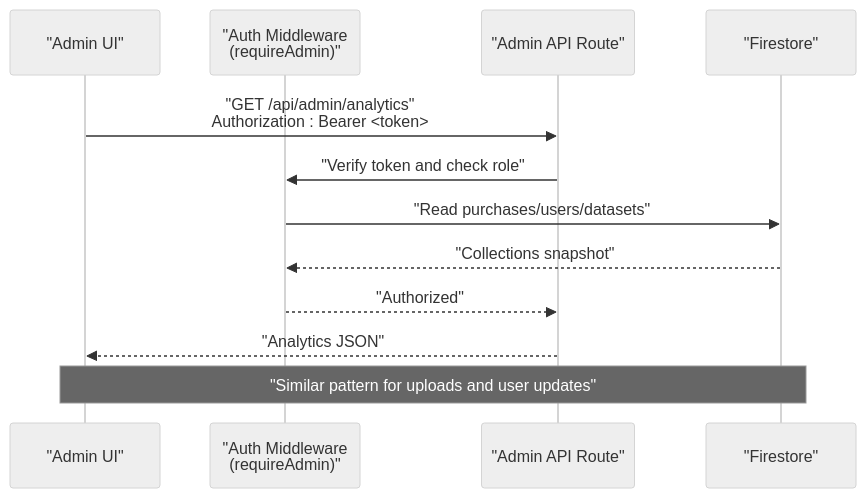
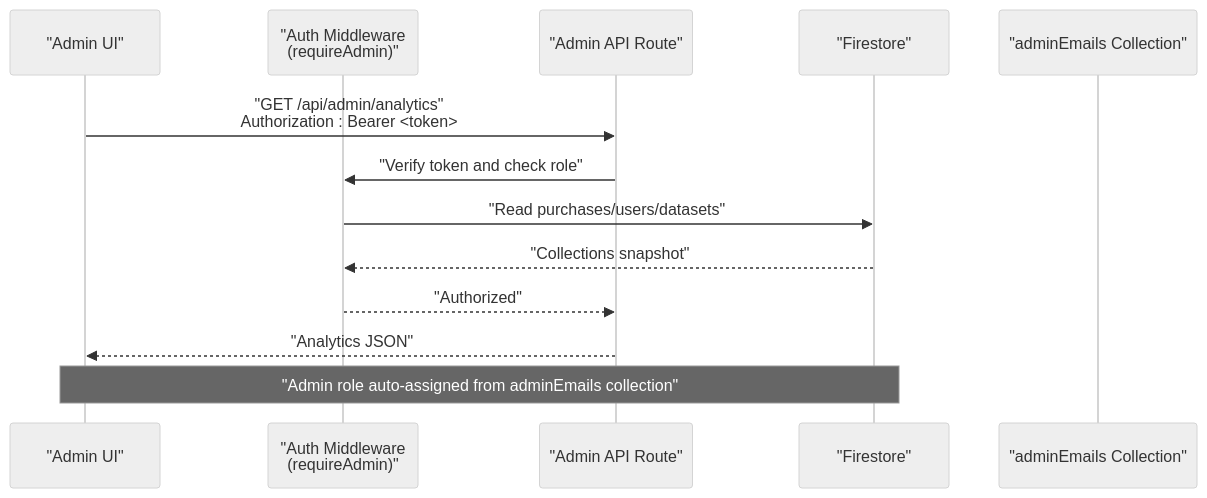
The second of 8 diagrams in .qoder/repowiki/en/content/Admin Panel/Admin Panel.md (alikizang/datafrica), drawn with Mermaid (neutral theme) before and after one commit. The commit also changed other lines of this file and 15 other files, not shown here.

````diff
--- a/.qoder/repowiki/en/content/Admin Panel/Admin Panel.md
+++ b/.qoder/repowiki/en/content/Admin Panel/Admin Panel.md
@@ -121,14 +134,15 @@
 ```mermaid
 sequenceDiagram
 participant Browser as "Admin UI"
 participant Auth as "Auth Middleware<br/>(requireAdmin)"
 participant API as "Admin API Route"
 participant DB as "Firestore"
+participant AdminEmails as "adminEmails Collection"
 Browser->>API : "GET /api/admin/analytics"<br/>Authorization : Bearer <token>
 API->>Auth : "Verify token and check role"
 Auth->>DB : "Read purchases/users/datasets"
 DB-->>Auth : "Collections snapshot"
 Auth-->>API : "Authorized"
 API-->>Browser : "Analytics JSON"
-Note over Browser,DB : "Similar pattern for uploads and user updates"
+Note over Browser,DB : "Admin role auto-assigned from adminEmails collection"
 ```
````
